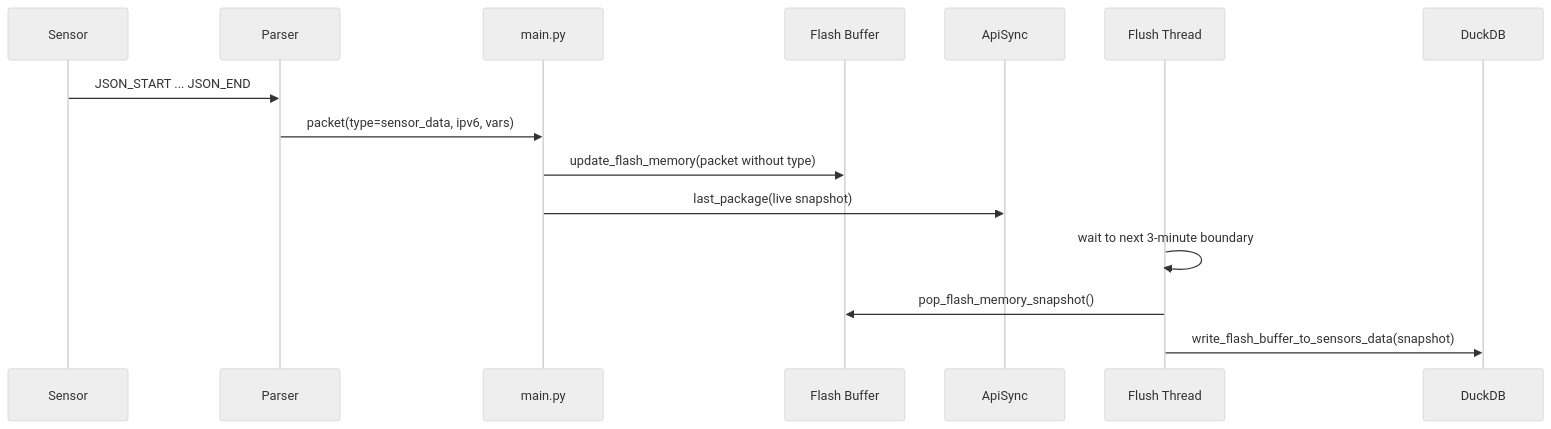
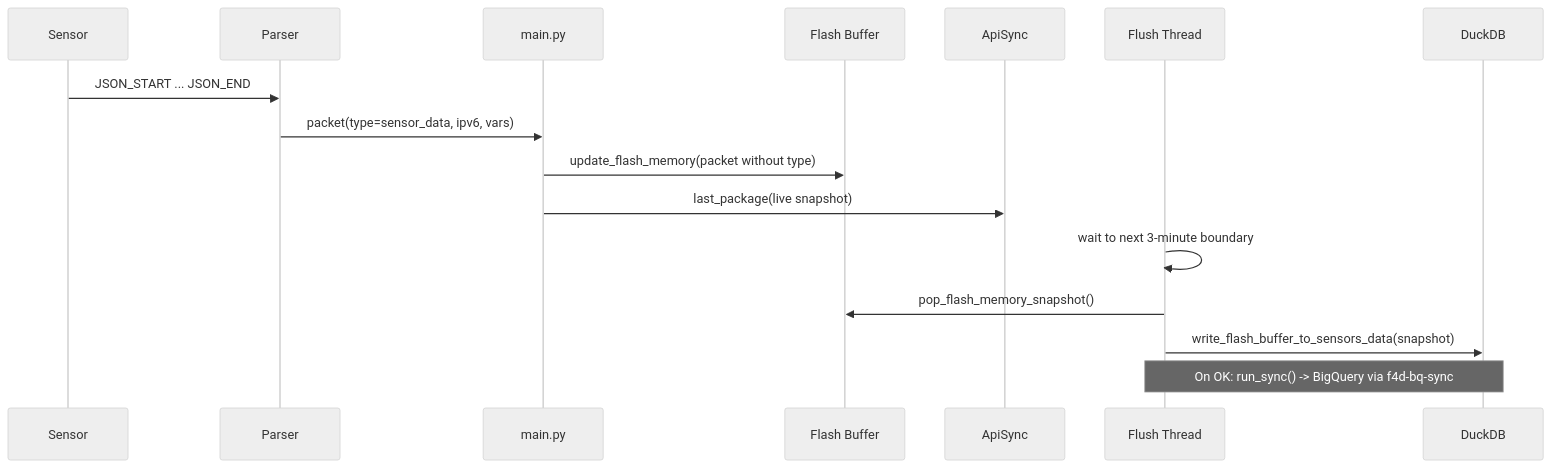
The second of 2 diagrams in F4D_python/README.md (field-4d/cloud), drawn with Mermaid (neutral theme) before and after one commit. The commit also changed other lines of this file and 9 other files, not shown here.

First line of the commit message:
Enhance README and improve BigQuery sync functionality

````diff
--- a/F4D_python/README.md
+++ b/F4D_python/README.md
@@ -124,18 +133,19 @@
 ```mermaid
 sequenceDiagram
   participant S as Sensor
   participant P as Parser
   participant M as main.py
   participant F as Flash Buffer
   participant A as ApiSync
   participant T as Flush Thread
   participant D as DuckDB
 
   S->>P: JSON_START ... JSON_END
   P->>M: packet(type=sensor_data, ipv6, vars)
   M->>F: update_flash_memory(packet without type)
   M->>A: last_package(live snapshot)
   T->>T: wait to next 3-minute boundary
   T->>F: pop_flash_memory_snapshot()
   T->>D: write_flash_buffer_to_sensors_data(snapshot)
+  Note over T,D: On OK: run_sync() -> BigQuery via f4d-bq-sync
 ```
````
